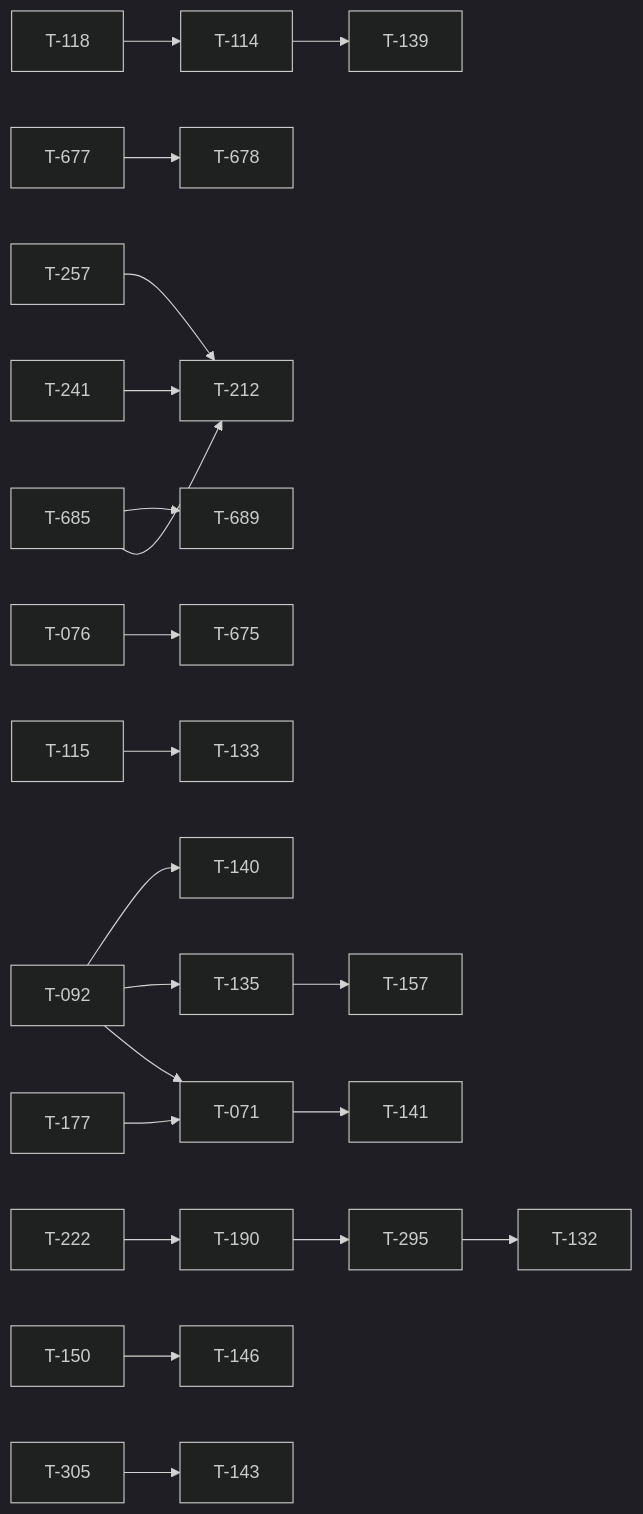
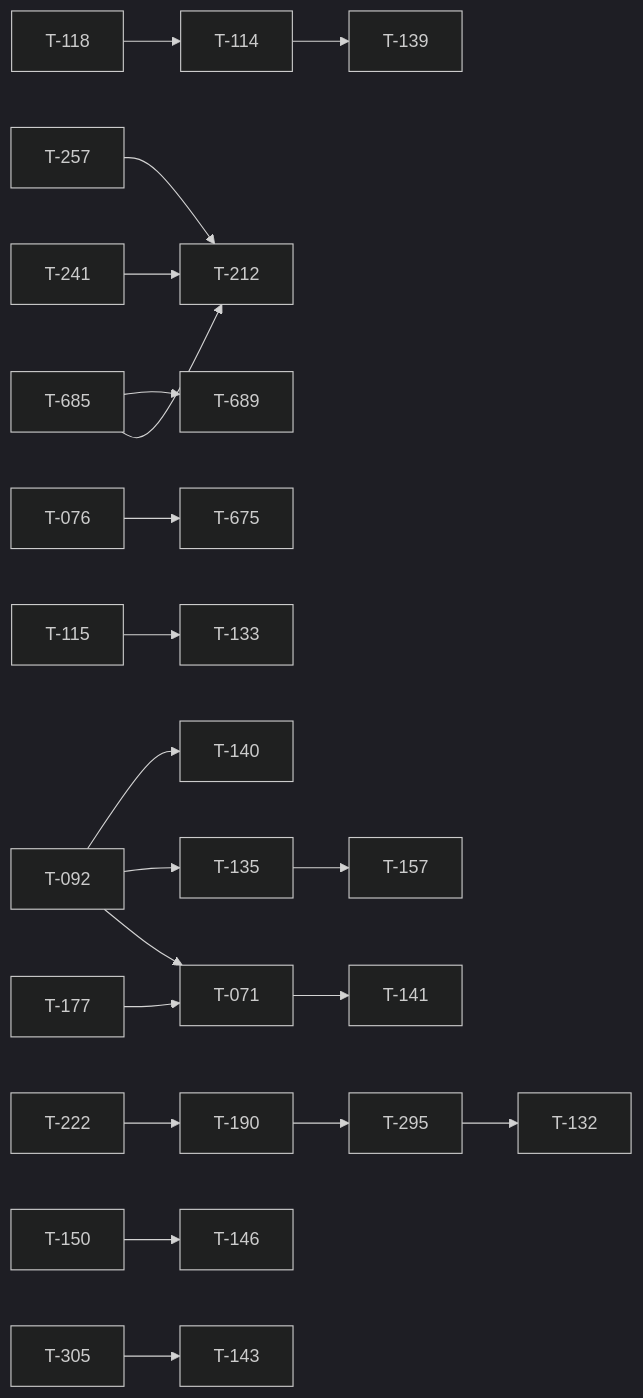
One commit to darkforce09/TBD-reforger changed the diagram in docs/TICKET_LEAD.md. Above: the diagram before and after it, drawn with Mermaid (dark theme). The commit also changed other lines of this file and 17 other files, not shown here.

````diff
--- a/docs/TICKET_LEAD.md
+++ b/docs/TICKET_LEAD.md
@@ -106,23 +103,22 @@
 ```mermaid
 flowchart LR
   T092[T-092] --> T071[T-071]
   T177[T-177] --> T071[T-071]
   T118[T-118] --> T114[T-114]
-  T677[T-677] --> T678[T-678]
   T685[T-685] --> T212[T-212]
   T241[T-241] --> T212[T-212]
   T257[T-257] --> T212[T-212]
   T685[T-685] --> T689[T-689]
   T076[T-076] --> T675[T-675]
   T115[T-115] --> T133[T-133]
   T114[T-114] --> T139[T-139]
   T222[T-222] --> T190[T-190]
   T135[T-135] --> T157[T-157]
   T071[T-071] --> T141[T-141]
   T150[T-150] --> T146[T-146]
   T305[T-305] --> T143[T-143]
   T092[T-092] --> T135[T-135]
   T092[T-092] --> T140[T-140]
   T190[T-190] --> T295[T-295]
   T295[T-295] --> T132[T-132]
 ```
````
